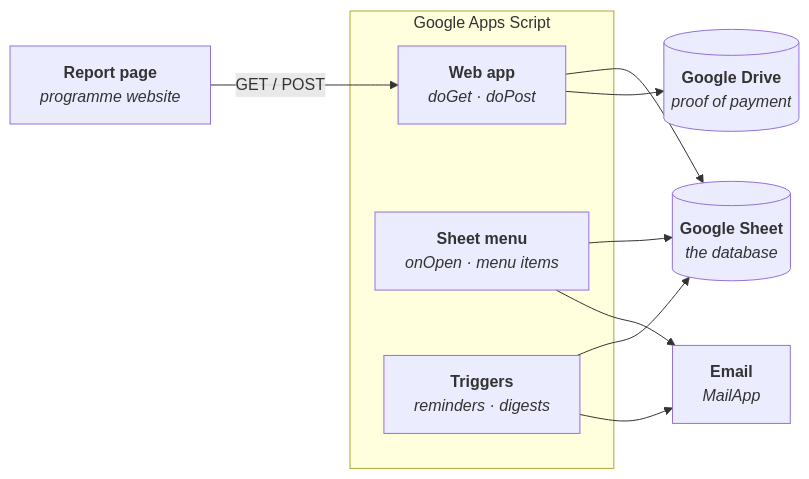
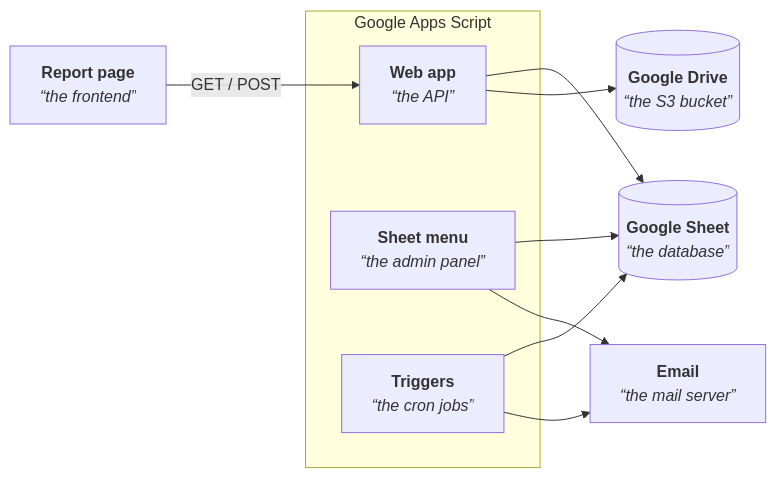
One commit to PRINCEdevon/ScriptKit changed the diagram in README.md. Above: the diagram before and after it, drawn with Mermaid.

Commit message:
docs: give the diagram boxes their everyday names

````diff
--- a/README.md
+++ b/README.md
@@ -58,20 +58,20 @@
 ```mermaid
 flowchart LR
-    page["<b>Report page</b><br/><i>programme website</i>"]
+    page["<b>Report page</b><br/><i>“the frontend”</i>"]
     subgraph gas["Google Apps Script"]
-        webapp["<b>Web app</b><br/><i>doGet · doPost</i>"]
-        menu["<b>Sheet menu</b><br/><i>onOpen · menu items</i>"]
-        jobs["<b>Triggers</b><br/><i>reminders · digests</i>"]
+        webapp["<b>Web app</b><br/><i>“the API”</i>"]
+        menu["<b>Sheet menu</b><br/><i>“the admin panel”</i>"]
+        jobs["<b>Triggers</b><br/><i>“the cron jobs”</i>"]
     end
-    sheet[("<b>Google Sheet</b><br/><i>the database</i>")]
-    drive[("<b>Google Drive</b><br/><i>proof of payment</i>")]
-    mail["<b>Email</b><br/><i>MailApp</i>"]
+    sheet[("<b>Google Sheet</b><br/><i>“the database”</i>")]
+    drive[("<b>Google Drive</b><br/><i>“the S3 bucket”</i>")]
+    mail["<b>Email</b><br/><i>“the mail server”</i>"]
 
     page -- "GET / POST" --> webapp
     webapp --> sheet
     webapp --> drive
     menu --> sheet
     jobs --> sheet
     menu --> mail
     jobs --> mail
 ```
````
